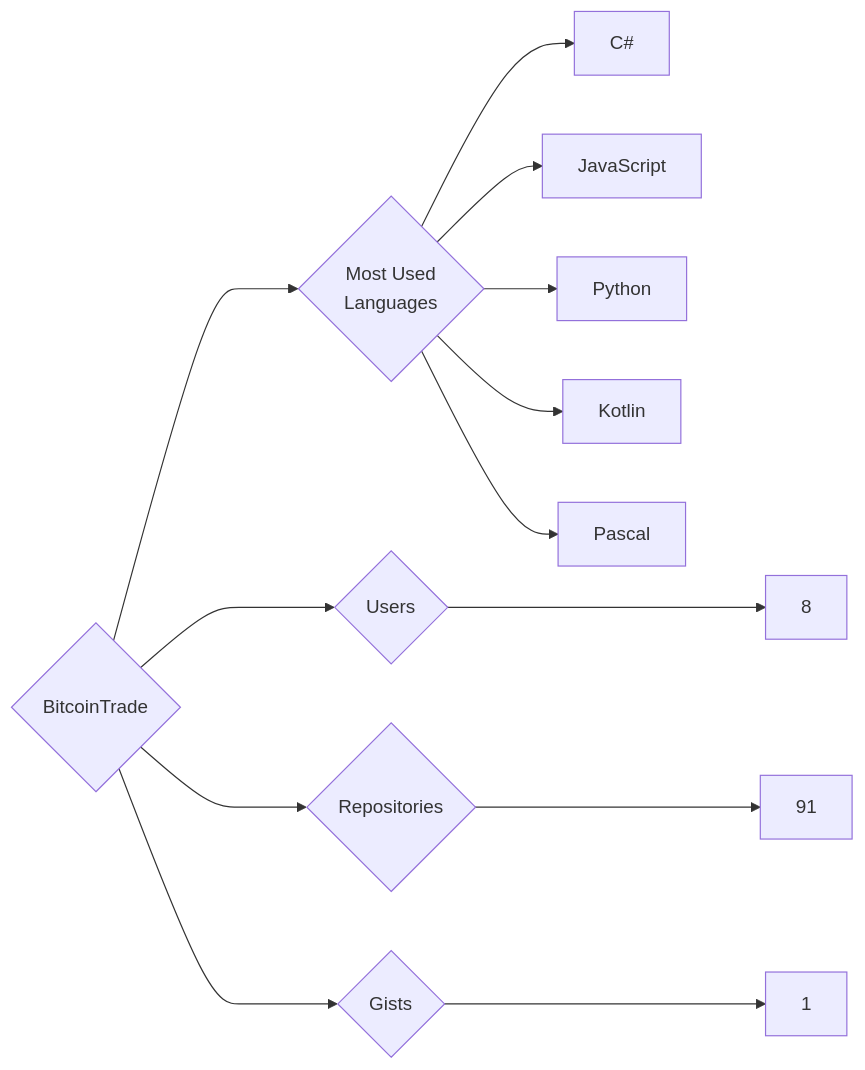
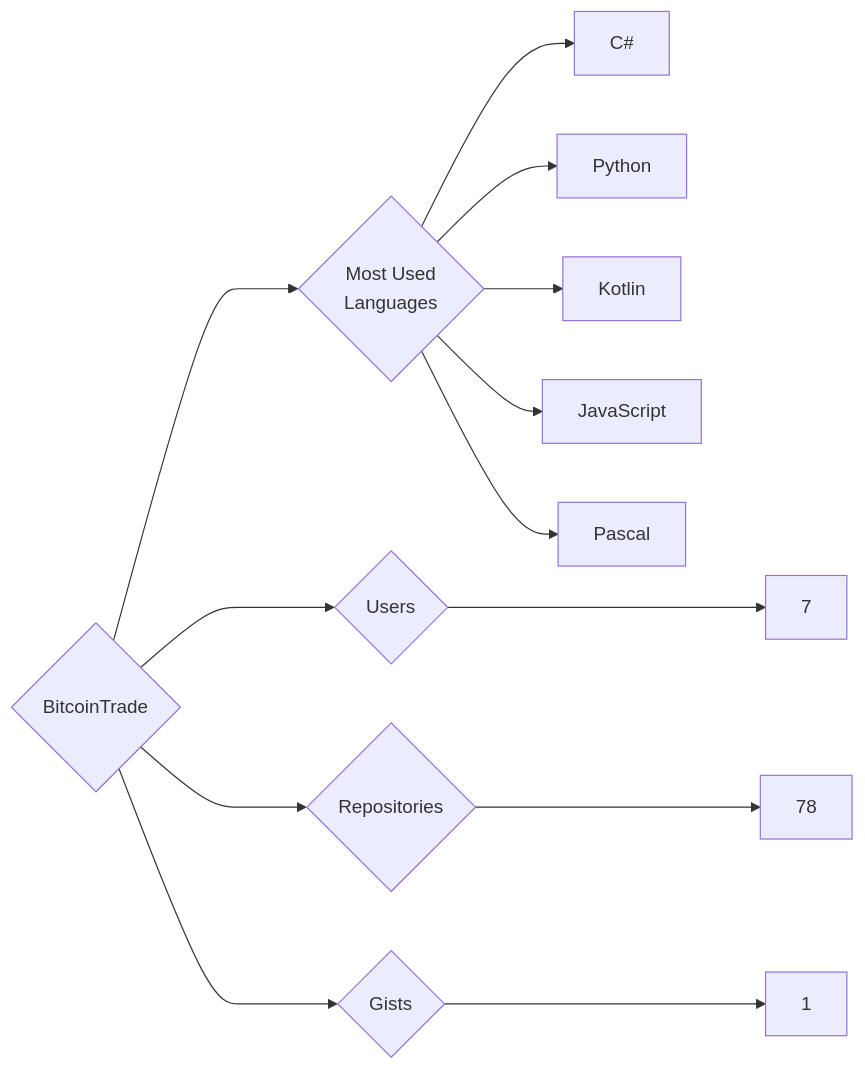
Before and after one commit to trickest/insiders: the diagram in targets/BitcoinTrade/README.md, drawn with Mermaid. The commit also changed 1141 other files, not shown here.

````diff
--- a/targets/BitcoinTrade/README.md
+++ b/targets/BitcoinTrade/README.md
@@ -3,13 +3,13 @@
 ```mermaid
 graph LR
 COMPANY_NAME{BitcoinTrade}
-COMPANY_NAME ---> U{Users} ---> UN[8]
-COMPANY_NAME ---> R{Repositories} ---> RN[91]
+COMPANY_NAME ---> U{Users} ---> UN[7]
+COMPANY_NAME ---> R{Repositories} ---> RN[78]
 COMPANY_NAME ---> G{Gists} ---> GN[1]
 COMPANY_NAME ---> ML{Most Used<br>Languages}
 ML --> C#[C#]
-ML --> JavaScript[JavaScript]
 ML --> Python[Python]
 ML --> Kotlin[Kotlin]
+ML --> JavaScript[JavaScript]
 ML --> Pascal[Pascal]
 ```
````
